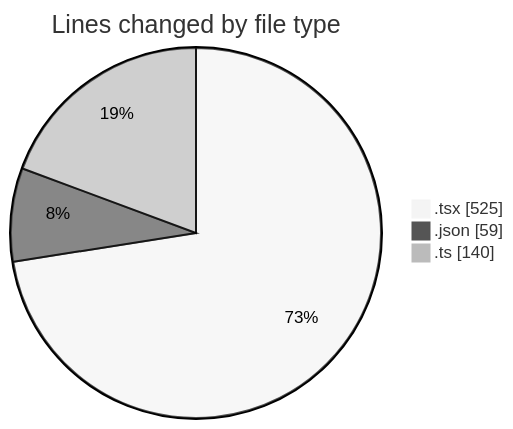
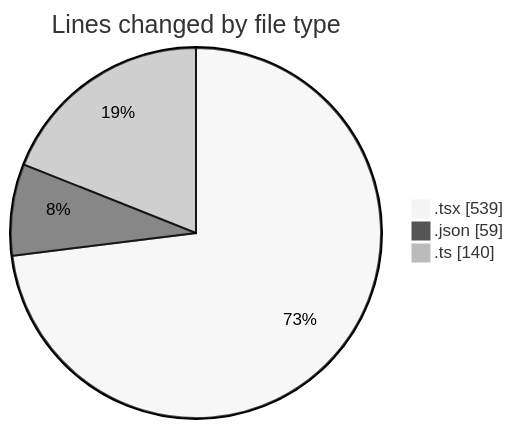
One commit to momahboobian/code-tracking changed the first of 2 diagrams in 2025-11-24/cda/README.md. Above: the diagram before and after it, drawn with Mermaid (neutral theme). The commit also changed other lines of this file and 1 other file, not shown here.

````diff
--- a/2025-11-24/cda/README.md
+++ b/2025-11-24/cda/README.md
@@ -24,7 +24,7 @@
 ```mermaid
 pie showData
 title Lines changed by file type
-".tsx" : 525
+".tsx" : 539
 ".json" : 59
 ".ts" : 140
 ```
````
